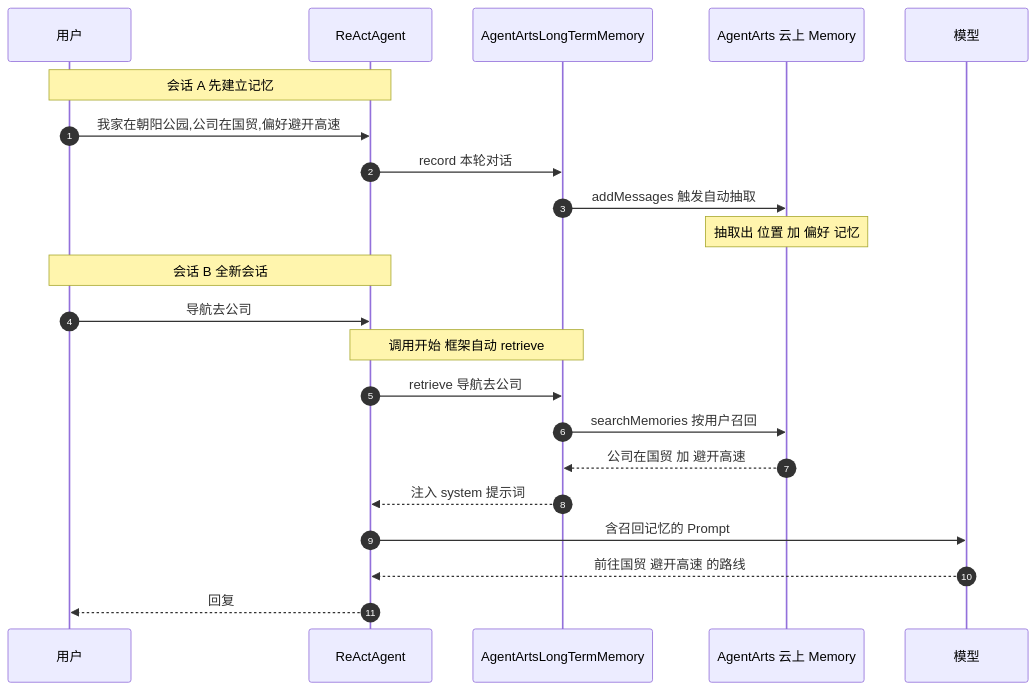
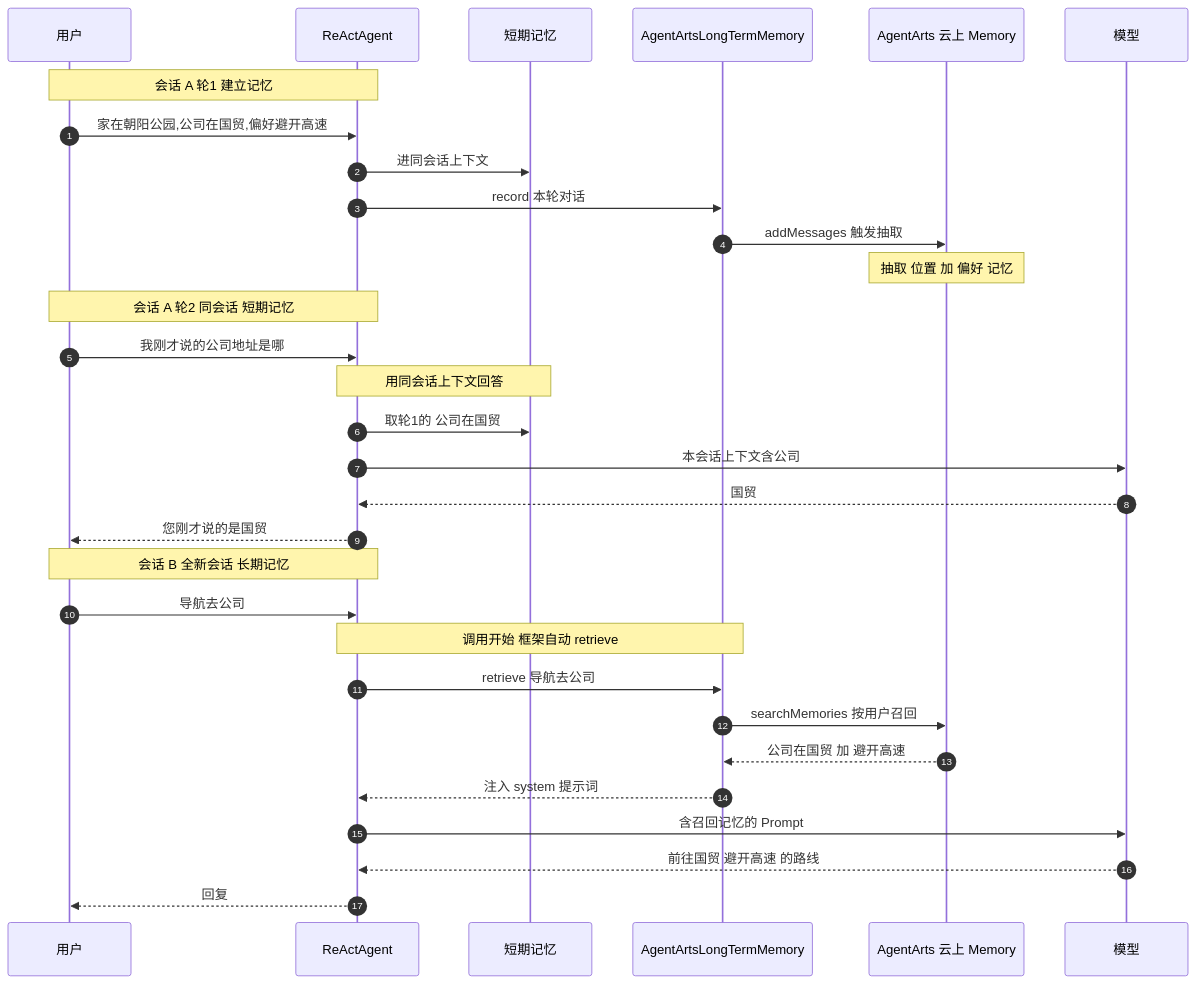
The sixth of 6 diagrams in docs/cn/sdk_user_guide/agentscope_memory_customer_guide.md (gaotong132/agentarts-sdk-java), drawn with Mermaid before and after one commit. The commit also changed other lines of this file and 1 other file, not shown here.

````diff
--- a/docs/cn/sdk_user_guide/agentscope_memory_customer_guide.md
+++ b/docs/cn/sdk_user_guide/agentscope_memory_customer_guide.md
@@ -264,26 +265,36 @@
 ```mermaid
 sequenceDiagram
     autonumber
     participant U as 用户
     participant A as ReActAgent
+    participant S as 短期记忆
     participant L as AgentArtsLongTermMemory
     participant C as AgentArts 云上 Memory
     participant MM as 模型
 
-    Note over U,A: 会话 A 先建立记忆
-    U->>A: 我家在朝阳公园,公司在国贸,偏好避开高速
+    Note over U,A: 会话 A 轮1 建立记忆
+    U->>A: 家在朝阳公园,公司在国贸,偏好避开高速
+    A->>S: 进同会话上下文
     A->>L: record 本轮对话
-    L->>C: addMessages 触发自动抽取
-    Note over C: 抽取出 位置 加 偏好 记忆
+    L->>C: addMessages 触发抽取
+    Note over C: 抽取 位置 加 偏好 记忆
 
-    Note over U,A: 会话 B 全新会话
+    Note over U,A: 会话 A 轮2 同会话 短期记忆
+    U->>A: 我刚才说的公司地址是哪
+    Note over A,S: 用同会话上下文回答
+    A->>S: 取轮1的 公司在国贸
+    A->>MM: 本会话上下文含公司
+    MM-->>A: 国贸
+    A-->>U: 您刚才说的是国贸
+
+    Note over U,A: 会话 B 全新会话 长期记忆
     U->>A: 导航去公司
     Note over A,L: 调用开始 框架自动 retrieve
     A->>L: retrieve 导航去公司
     L->>C: searchMemories 按用户召回
     C-->>L: 公司在国贸 加 避开高速
     L-->>A: 注入 system 提示词
     A->>MM: 含召回记忆的 Prompt
     MM-->>A: 前往国贸 避开高速 的路线
     A-->>U: 回复
 ```
````
